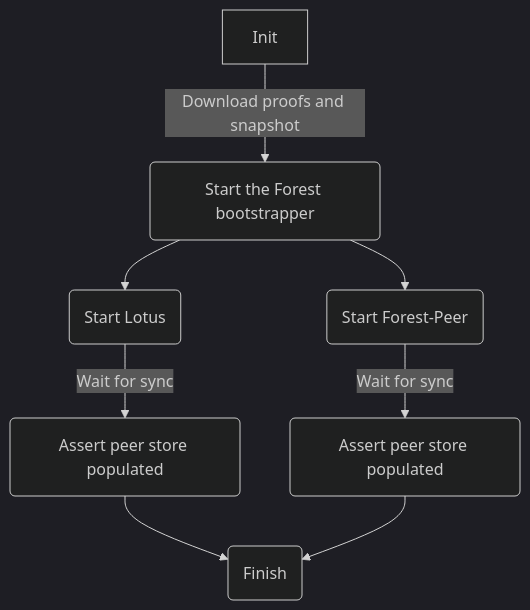
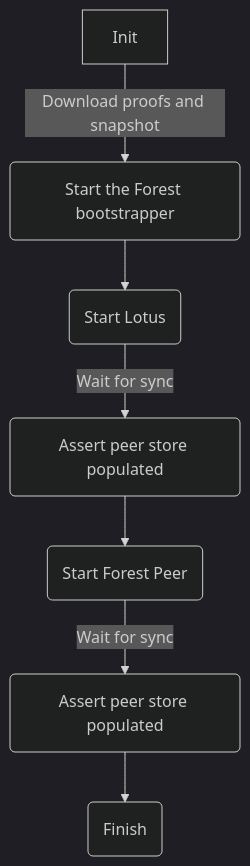
One commit to ChainSafe/forest changed the diagram in scripts/tests/bootstrapper/README.md. Above: the diagram before and after it, drawn with Mermaid (dark theme). The commit also changed other lines of this file and 1 other file, not shown here.

Commit message:
less resources, make sequential

````diff
--- a/scripts/tests/bootstrapper/README.md
+++ b/scripts/tests/bootstrapper/README.md
@@ -11,10 +13,9 @@
 ```mermaid
 flowchart TD
     A[Init] -->|Download proofs and snapshot| B(Start the Forest bootstrapper)
-    B --> C(Start Forest-Peer)
-    B --> D(Start Lotus)
+    B --> C(Start Lotus)
     C -->|Wait for sync| E(Assert peer store populated)
-    D -->|Wait for sync| F(Assert peer store populated)
-    F --> G
-    E --> G(Finish)
+        E --> F(Start Forest Peer)
+    F -->|Wait for sync| G(Assert peer store populated)
+    G --> H(Finish)
 ```
````
